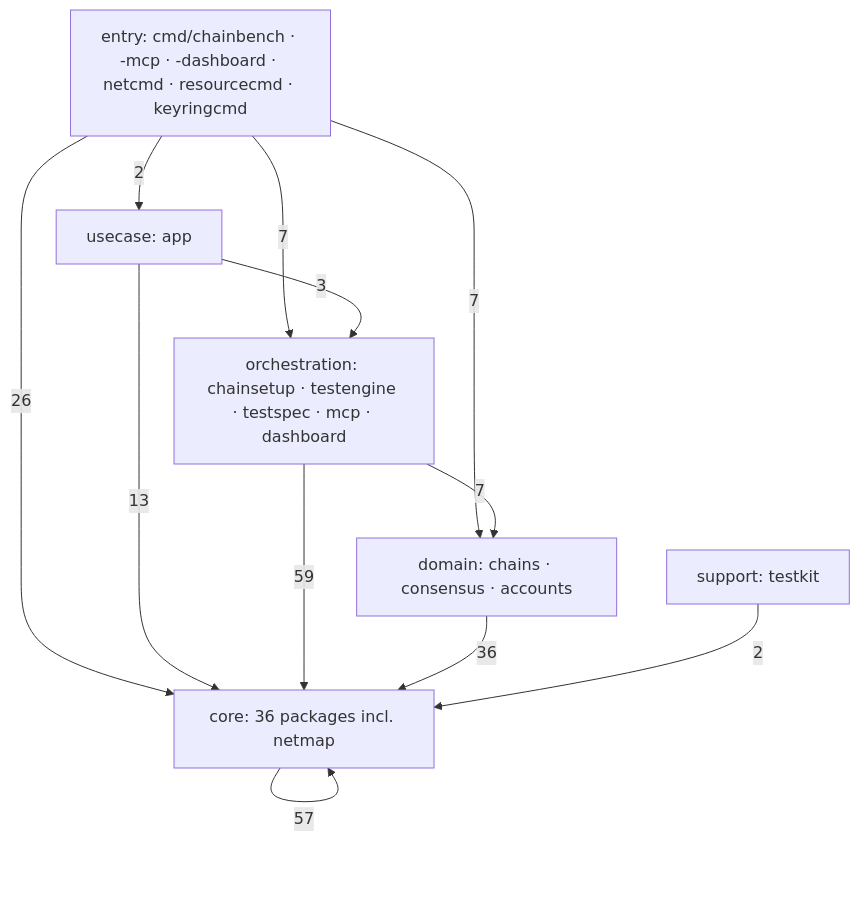
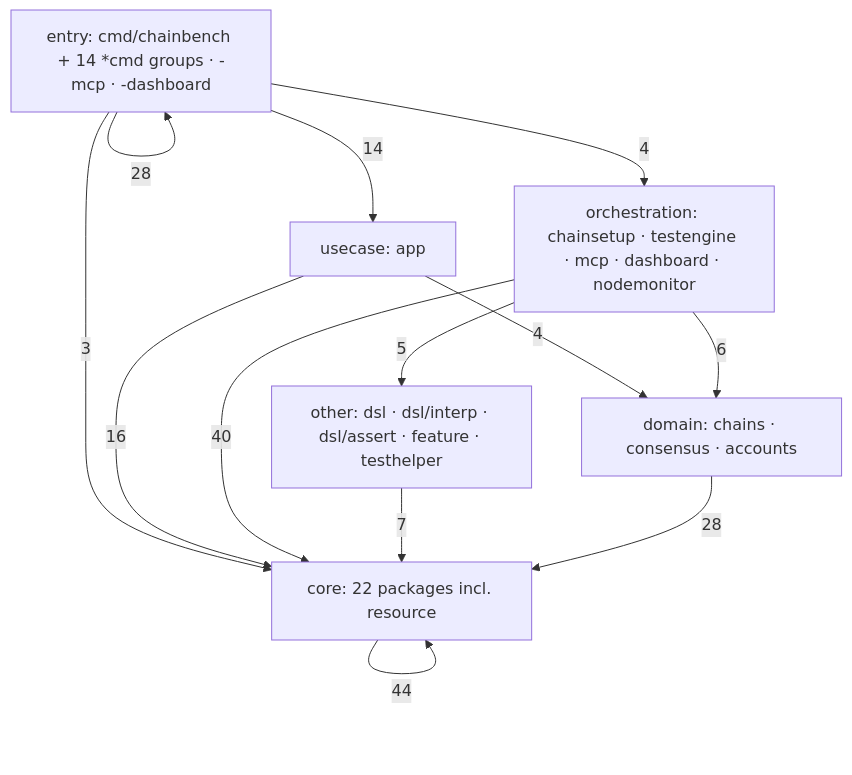
One commit to 0xmhha/chainbench changed the first of 2 diagrams in docs/dev/architecture/code-graph.md. Above: the diagram before and after it, drawn with Mermaid. The commit also changed other lines of this file and 57 other files, not shown here.

````diff
--- a/docs/dev/architecture/code-graph.md
+++ b/docs/dev/architecture/code-graph.md
@@ -45,20 +46,21 @@
 ```mermaid
 flowchart TD
-    entry[entry: cmd/chainbench · -mcp · -dashboard · netcmd · resourcecmd · keyringcmd]
+    entry[entry: cmd/chainbench + 14 *cmd groups · -mcp · -dashboard]
     usecase[usecase: app]
-    orch[orchestration: chainsetup · testengine · testspec · mcp · dashboard]
+    orch[orchestration: chainsetup · testengine · mcp · dashboard · nodemonitor]
+    other[other: dsl · dsl/interp · dsl/assert · feature · testhelper]
     domain[domain: chains · consensus · accounts]
-    core[core: 36 packages incl. netmap]
-    support[support: testkit]
-    entry -->|26| core
-    entry -->|7| orch
-    entry -->|7| domain
-    entry -->|2| usecase
-    usecase -->|13| core
-    usecase -->|3| orch
-    orch -->|59| core
-    orch -->|7| domain
-    domain -->|36| core
-    core -->|57| core
-    support -->|2| core
+    core[core: 22 packages incl. resource]
+    entry -->|28| entry
+    entry -->|14| usecase
+    entry -->|4| orch
+    entry -->|3| core
+    usecase -->|16| core
+    usecase -->|4| domain
+    orch -->|40| core
+    orch -->|6| domain
+    orch -->|5| other
+    other -->|7| core
+    domain -->|28| core
+    core -->|44| core
 ```
````
